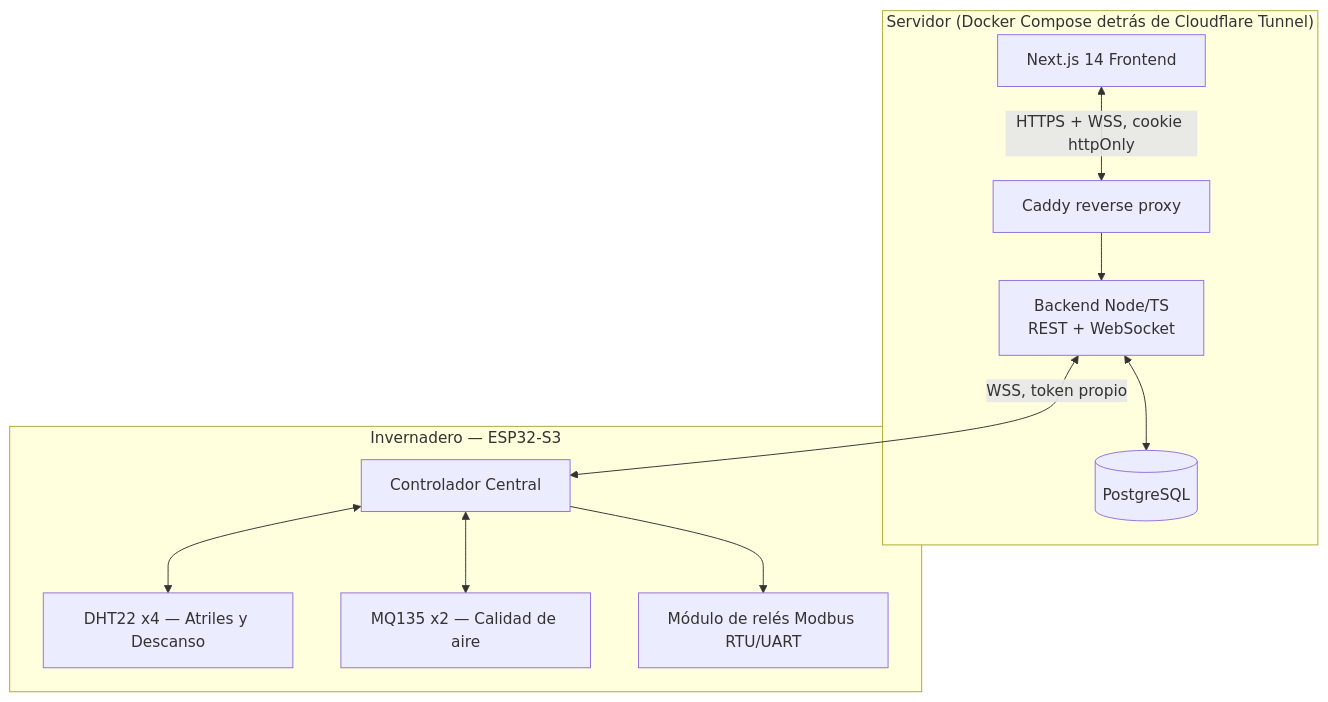
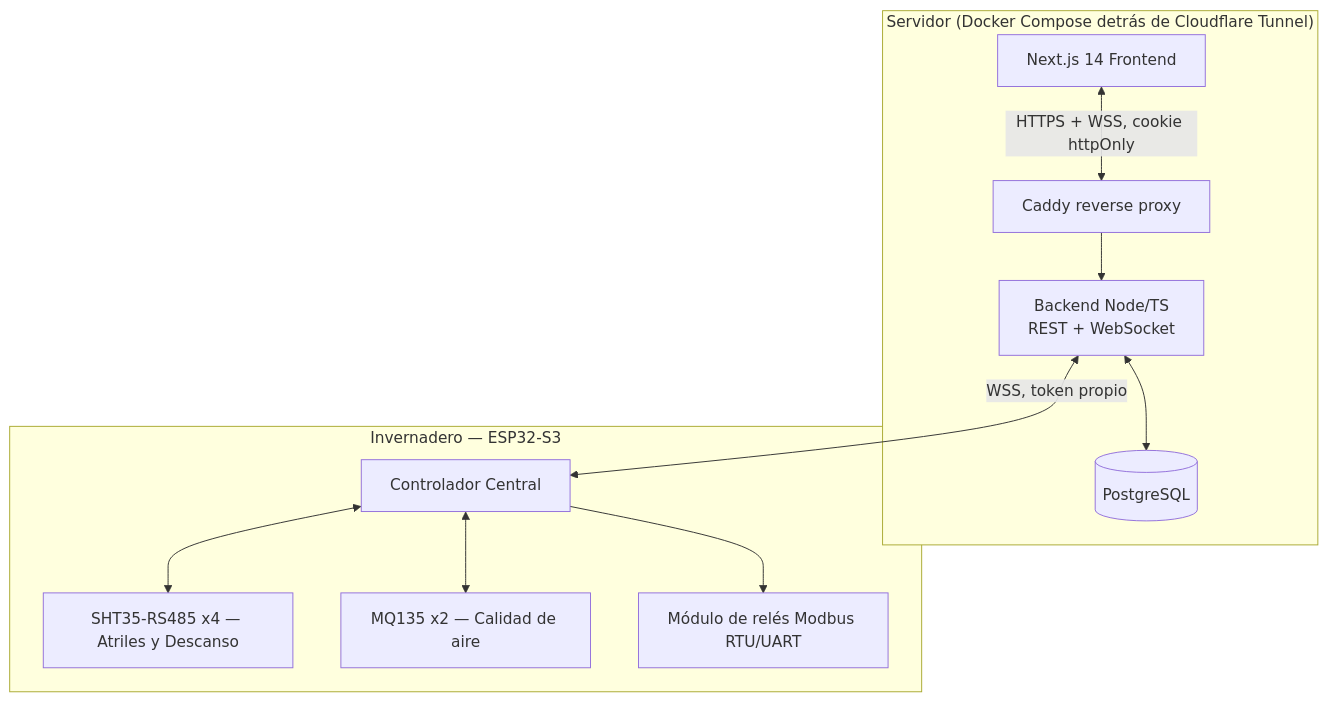
One commit to GerAjeno/Shiitake-Lindo-V2 changed the diagram in README.md. Above: the diagram before and after it, drawn with Mermaid. The commit also changed 13 other files, not shown here.

````diff
--- a/README.md
+++ b/README.md
@@ -19,24 +19,24 @@
 ```mermaid
 graph TD
     subgraph "Servidor (Docker Compose detrás de Cloudflare Tunnel)"
         FE[Next.js 14 Frontend]
         BE[Backend Node/TS<br/>REST + WebSocket]
         PG[(PostgreSQL)]
         CD[Caddy reverse proxy]
     end
 
     subgraph "Invernadero — ESP32-S3"
         CTRL[Controlador Central]
-        DHT[DHT22 x4 — Atriles y Descanso]
+        DHT[SHT35-RS485 x4 — Atriles y Descanso]
         MQ[MQ135 x2 — Calidad de aire]
         RELE[Módulo de relés Modbus RTU/UART]
     end
 
     FE <-->|HTTPS + WSS, cookie httpOnly| CD
     CD --> BE
     BE <--> PG
     BE <-->|WSS, token propio| CTRL
     CTRL <--> DHT
     CTRL <--> MQ
     CTRL --> RELE
 ```
````
